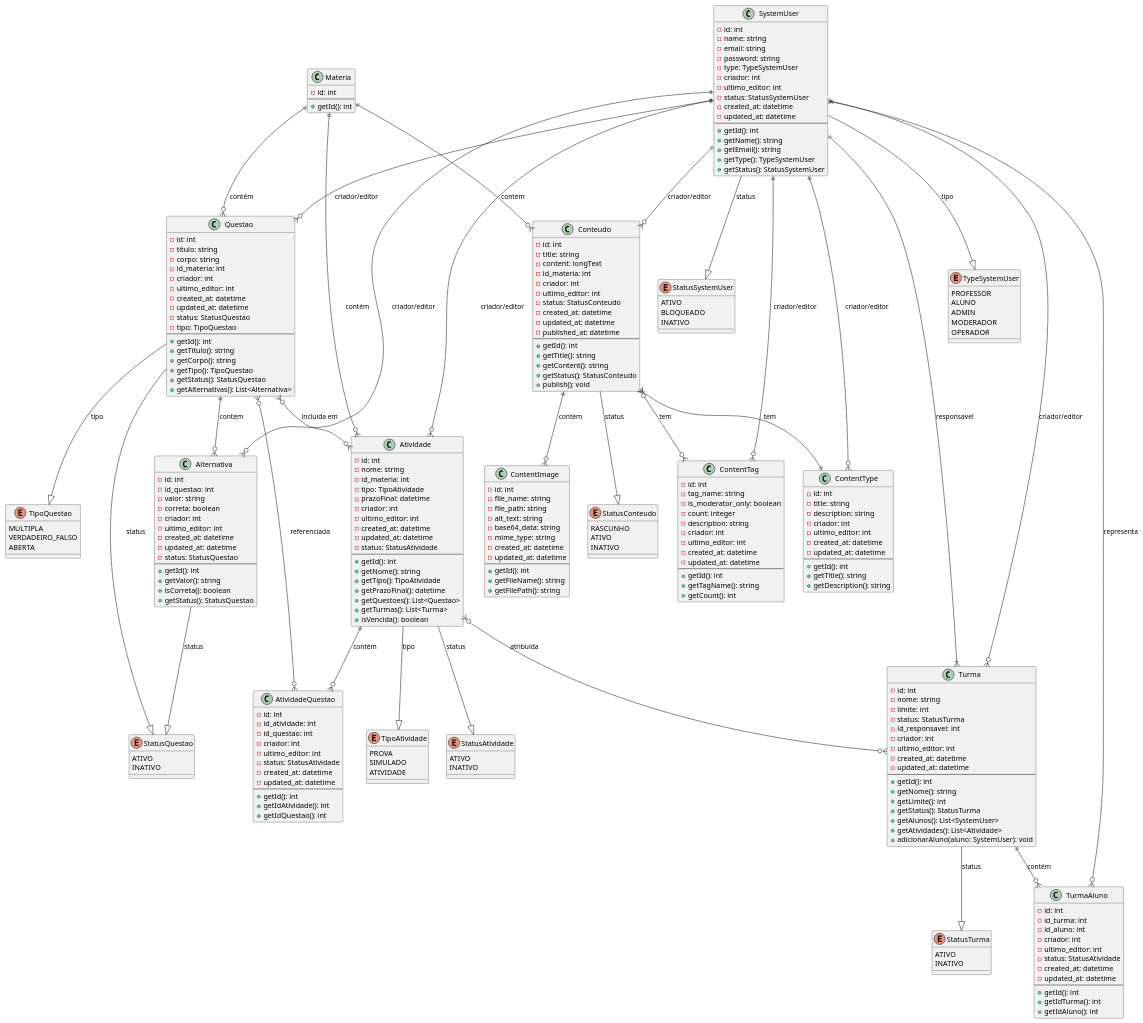
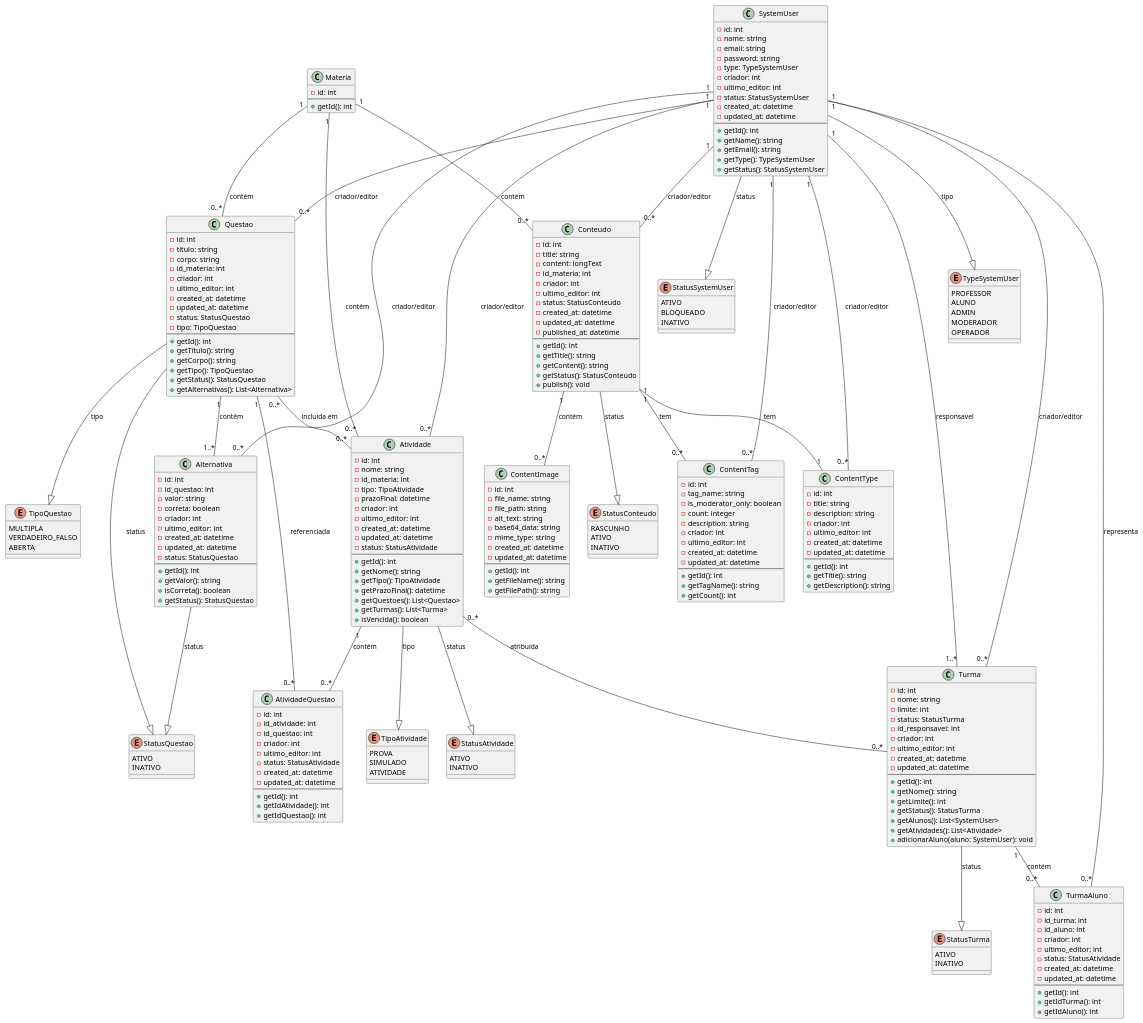
Before and after one commit to Ramalho7/mesomindsDocs: the diagram in docs/technical_docs/architecture/diagrams/classDiagram/0001-ClassDiagram/0001-ClassDiagram.plantuml, drawn with PlantUML.

Commit message:
Add: classUML

```diff
--- a/docs/technical_docs/architecture/diagrams/classDiagram/0001-ClassDiagram/0001-ClassDiagram.plantuml
+++ b/docs/technical_docs/architecture/diagrams/classDiagram/0001-ClassDiagram/0001-ClassDiagram.plantuml
@@ -244,33 +244,33 @@
   + getIdAluno(): int
 }
 
-' Relacionamentos com notação Crow's Foot
-SystemUser ||--o{ Conteudo : "criador/editor"
-SystemUser ||--o{ ContentTag : "criador/editor"
-SystemUser ||--o{ ContentType : "criador/editor"
-SystemUser ||--o{ Questao : "criador/editor"
-SystemUser ||--o{ Alternativa : "criador/editor"
-SystemUser ||--o{ Atividade : "criador/editor"
-SystemUser ||--|{ Turma : "responsavel"
-SystemUser ||--o{ Turma : "criador/editor"
+' Relacionamentos com notação de multiplicidade 1..*
+SystemUser "1" -- "0..*" Conteudo : "criador/editor"
+SystemUser "1" -- "0..*" ContentTag : "criador/editor"
+SystemUser "1" -- "0..*" ContentType : "criador/editor"
+SystemUser "1" -- "0..*" Questao : "criador/editor"
+SystemUser "1" -- "0..*" Alternativa : "criador/editor"
+SystemUser "1" -- "0..*" Atividade : "criador/editor"
+SystemUser "1" -- "1..*" Turma : "responsavel"
+SystemUser "1" -- "0..*" Turma : "criador/editor"
 
-Materia ||--o{ Conteudo : "contém"
-Materia ||--o{ Questao : "contém"
-Materia ||--o{ Atividade : "contém"
+Materia "1" -- "0..*" Conteudo : "contém"
+Materia "1" -- "0..*" Questao : "contém"
+Materia "1" -- "0..*" Atividade : "contém"
 
-Conteudo }o--o{ ContentTag : "tem"
-Conteudo ||--o{ ContentImage : "contém"
-Conteudo }|--|| ContentType : "tem"
+Conteudo "1" -- "0..*" ContentTag : "tem"
+Conteudo "1" -- "0..*" ContentImage : "contém"
+Conteudo "1" -- "1" ContentType : "tem"
 
-Questao ||--o{ Alternativa : "contém"
-Questao }o--o{ Atividade : "incluída em"
-Questao }o--o{ AtividadeQuestao : "referenciada"
+Questao "1" -- "1..*" Alternativa : "contém"
+Questao "0..*" -- "0..*" Atividade : "incluída em"
+Questao "1" -- "0..*" AtividadeQuestao : "referenciada"
 
-Atividade ||--o{ AtividadeQuestao : "contém"
-Atividade }o--o{ Turma : "atribuída"
+Atividade "1" -- "0..*" AtividadeQuestao : "contém"
+Atividade "0..*" -- "0..*" Turma : "atribuída"
 
-Turma ||--o{ TurmaAluno : "contém"
-TurmaAluno }o--|{ SystemUser : "representa"
+Turma "1" -- "0..*" TurmaAluno : "contém"
+TurmaAluno "0..*" -- "1" SystemUser : "representa"
 
 SystemUser --|> TypeSystemUser : tipo
 SystemUser --|> StatusSystemUser : status
```
